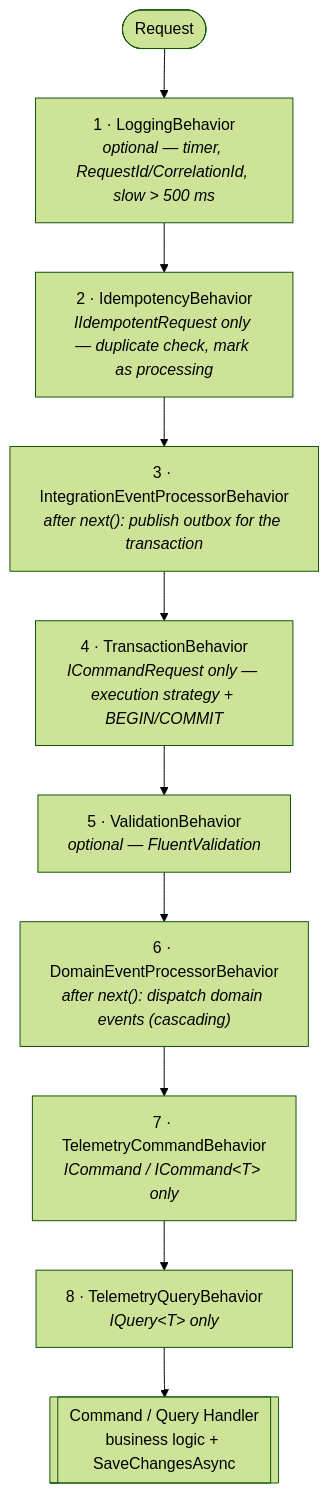
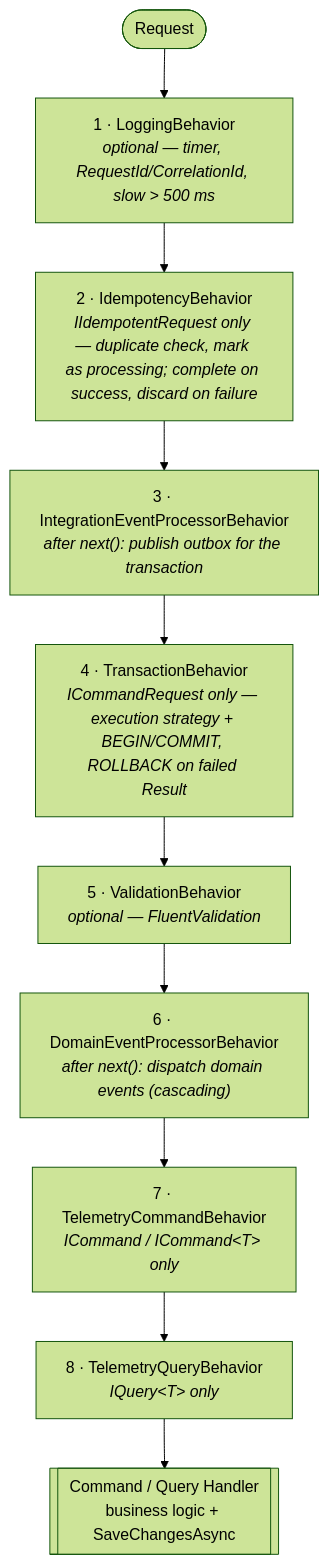
One commit to miquelalcaraz/Labs.ServicePlatform changed the first of 2 diagrams in docs/architecture/02-command-pipeline.md. Above: the diagram before and after it, drawn with Mermaid (forest theme). The commit also changed other lines of this file and 55 other files, not shown here.

First line of the commit message:
fix: roll back failed Result commands, discard idempotency keys and update dependencies (#12)

````diff
--- a/docs/architecture/02-command-pipeline.md
+++ b/docs/architecture/02-command-pipeline.md
@@ -151,13 +151,13 @@
 ```mermaid
 flowchart TB
     REQ([Request]) --> L
     L["1 · LoggingBehavior<br/><i>optional — timer, RequestId/CorrelationId, slow #gt; 500 ms</i>"] --> I
-    I["2 · IdempotencyBehavior<br/><i>IIdempotentRequest only — duplicate check, mark as processing</i>"] --> IE
+    I["2 · IdempotencyBehavior<br/><i>IIdempotentRequest only — duplicate check, mark as processing; complete on success, discard on failure</i>"] --> IE
     IE["3 · IntegrationEventProcessorBehavior<br/><i>after next(): publish outbox for the transaction</i>"] --> T
-    T["4 · TransactionBehavior<br/><i>ICommandRequest only — execution strategy + BEGIN/COMMIT</i>"] --> V
+    T["4 · TransactionBehavior<br/><i>ICommandRequest only — execution strategy + BEGIN/COMMIT, ROLLBACK on failed Result</i>"] --> V
     V["5 · ValidationBehavior<br/><i>optional — FluentValidation</i>"] --> DE
     DE["6 · DomainEventProcessorBehavior<br/><i>after next(): dispatch domain events (cascading)</i>"] --> TC
     TC["7 · TelemetryCommandBehavior<br/><i>ICommand / ICommand#lt;T#gt; only</i>"] --> TQ
     TQ["8 · TelemetryQueryBehavior<br/><i>IQuery#lt;T#gt; only</i>"] --> H
     H[["Command / Query Handler<br/>business logic + SaveChangesAsync"]]
 ```
````
